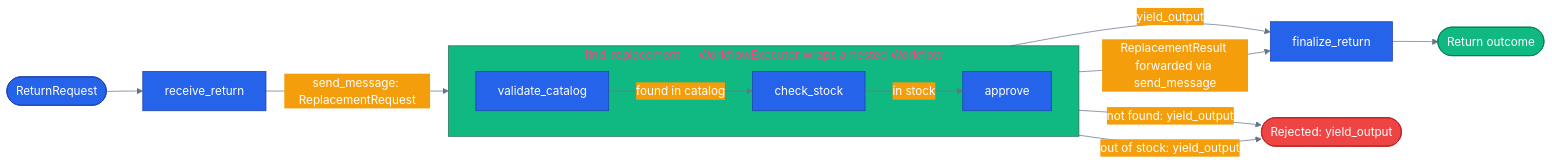
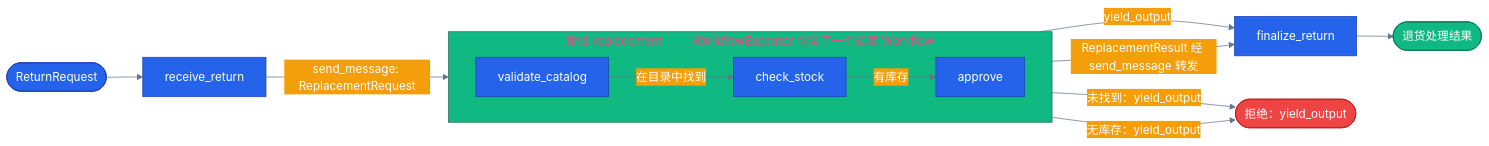
Before and after one commit to s1encisi/reliable-commerce-agents: the diagram in tutorials/30-subworkflows/README.md, drawn with Mermaid. The commit also changed other lines of this file and 1033 other files, not shown here.

````diff
--- a/tutorials/30-subworkflows/README.md
+++ b/tutorials/30-subworkflows/README.md
@@ -26,41 +28,41 @@
 ```mermaid
 %%{init: {'theme':'base', 'themeVariables': {
   'primaryColor': '#2563eb','primaryTextColor': '#ffffff','primaryBorderColor': '#1e40af',
   'lineColor': '#64748b','secondaryColor': '#f59e0b','tertiaryColor': '#10b981',
   'background': 'transparent'}}}%%
 flowchart LR
   classDef core     fill:#2563eb,stroke:#1e40af,color:#ffffff
   classDef success  fill:#10b981,stroke:#047857,color:#ffffff
   classDef error    fill:#ef4444,stroke:#b91c1c,color:#ffffff
 
   input([ReturnRequest])
   receive[receive_return]
   finalize[finalize_return]
-  output([Return outcome])
-  rejected([Rejected: yield_output])
+  output([退货处理结果])
+  rejected([拒绝：yield_output])
 
-  subgraph sub["find_replacement — WorkflowExecutor wraps a nested Workflow"]
+  subgraph sub["find_replacement —— WorkflowExecutor 包装了一个嵌套 Workflow"]
     direction LR
     validate[validate_catalog]
     stock[check_stock]
     approve[approve]
-    validate -- "found in catalog" --> stock
-    stock -- "in stock" --> approve
+    validate -- "在目录中找到" --> stock
+    stock -- "有库存" --> approve
   end
 
   input --> receive
   receive -- "send_message: ReplacementRequest" --> sub
-  validate -- "not found: yield_output" --> rejected
-  stock -- "out of stock: yield_output" --> rejected
-  sub -- "ReplacementResult forwarded via send_message" --> finalize
+  validate -- "未找到：yield_output" --> rejected
+  stock -- "无库存：yield_output" --> rejected
+  sub -- "ReplacementResult 经 send_message 转发" --> finalize
   approve -- "yield_output" --> finalize
   finalize --> output
 
   class receive core
   class finalize core
   class validate core
   class stock core
   class approve core
   class output success
   class rejected error
 ```
````
